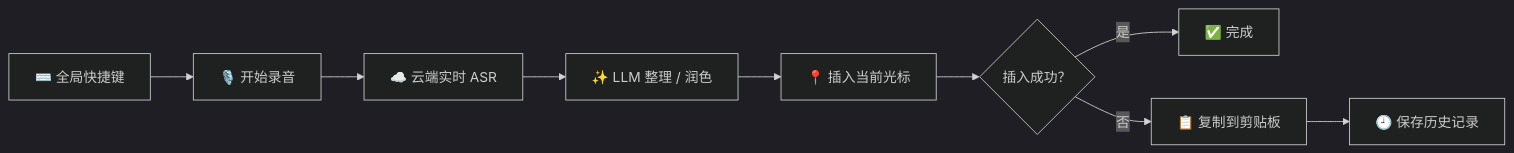
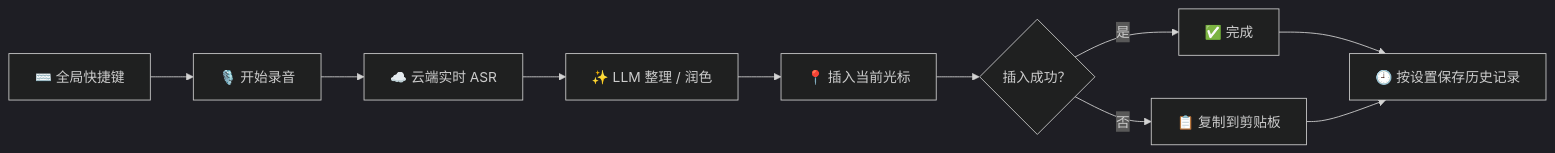
Before and after one commit to EthanYoQ/whisper-input: the first of 5 diagrams in README.md, drawn with Mermaid (dark theme). The commit also changed other lines of this file and 49 other files, not shown here.

````diff
--- a/README.md
+++ b/README.md
@@ -59,11 +59,12 @@
 ```mermaid
 flowchart LR
   A["⌨️ 全局快捷键"] --> B["🎙️ 开始录音"]
   B --> C["☁️ 云端实时 ASR"]
   C --> D["✨ LLM 整理 / 润色"]
   D --> E["📍 插入当前光标"]
   E --> F{"插入成功？"}
   F -->|是| G["✅ 完成"]
   F -->|否| H["📋 复制到剪贴板"]
-  H --> I["🕘 保存历史记录"]
+  G --> I["🕘 按设置保存历史记录"]
+  H --> I
 ```
````
